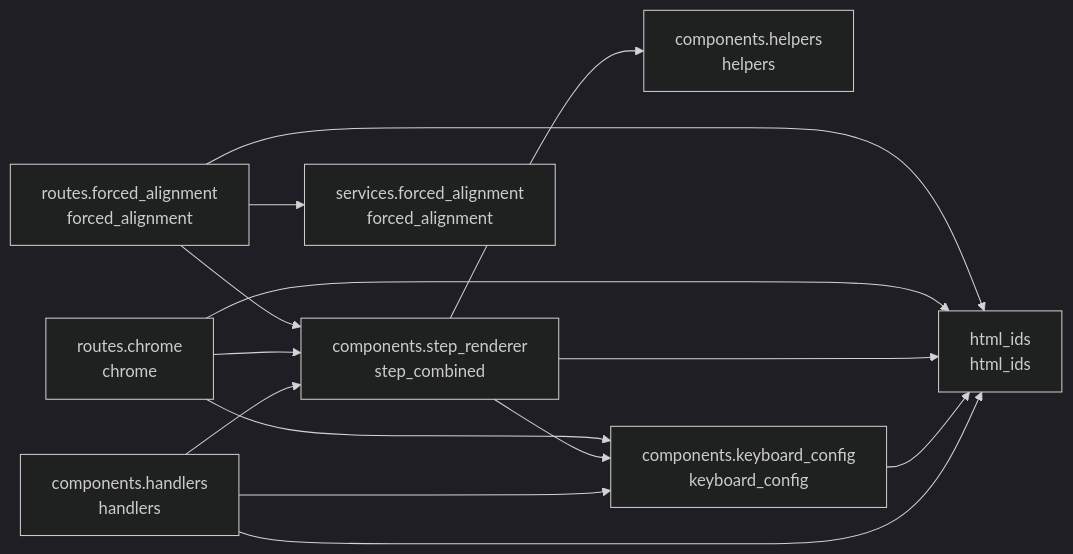
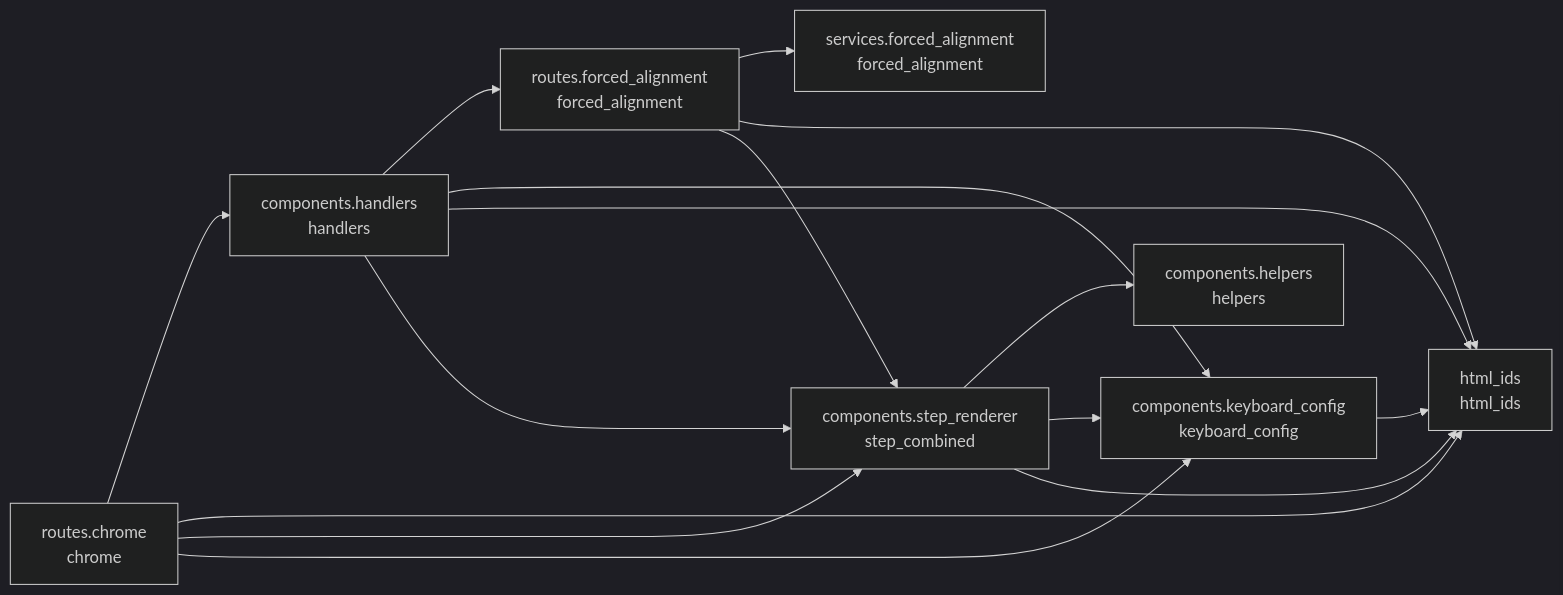
The diagram in README.md (cj-mills/cjm-transcript-segment-align), drawn with Mermaid (dark theme) before and after one commit. The commit also changed other lines of this file and 13 other files, not shown here.

````diff
--- a/README.md
+++ b/README.md
@@ -31,25 +31,27 @@
 ``` mermaid
 graph LR
     components_handlers[components.handlers<br/>handlers]
     components_helpers[components.helpers<br/>helpers]
     components_keyboard_config[components.keyboard_config<br/>keyboard_config]
     components_step_renderer[components.step_renderer<br/>step_combined]
     html_ids[html_ids<br/>html_ids]
     routes_chrome[routes.chrome<br/>chrome]
     routes_forced_alignment[routes.forced_alignment<br/>forced_alignment]
     services_forced_alignment[services.forced_alignment<br/>forced_alignment]
 
+    components_handlers --> routes_forced_alignment
     components_handlers --> components_keyboard_config
     components_handlers --> html_ids
     components_handlers --> components_step_renderer
     components_keyboard_config --> html_ids
     components_step_renderer --> components_helpers
     components_step_renderer --> components_keyboard_config
     components_step_renderer --> html_ids
+    routes_chrome --> components_handlers
     routes_chrome --> html_ids
+    routes_chrome --> components_step_renderer
     routes_chrome --> components_keyboard_config
-    routes_chrome --> components_step_renderer
+    routes_forced_alignment --> services_forced_alignment
     routes_forced_alignment --> html_ids
     routes_forced_alignment --> components_step_renderer
-    routes_forced_alignment --> services_forced_alignment
 ```
````
